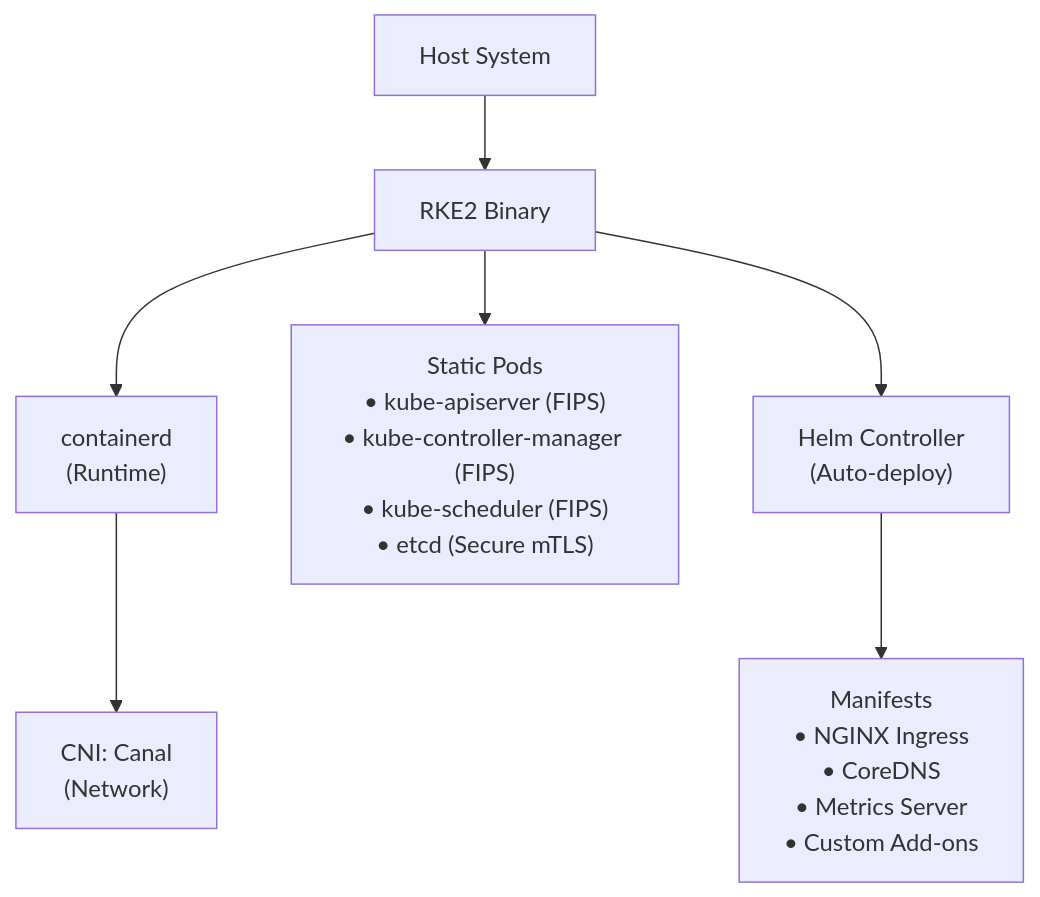
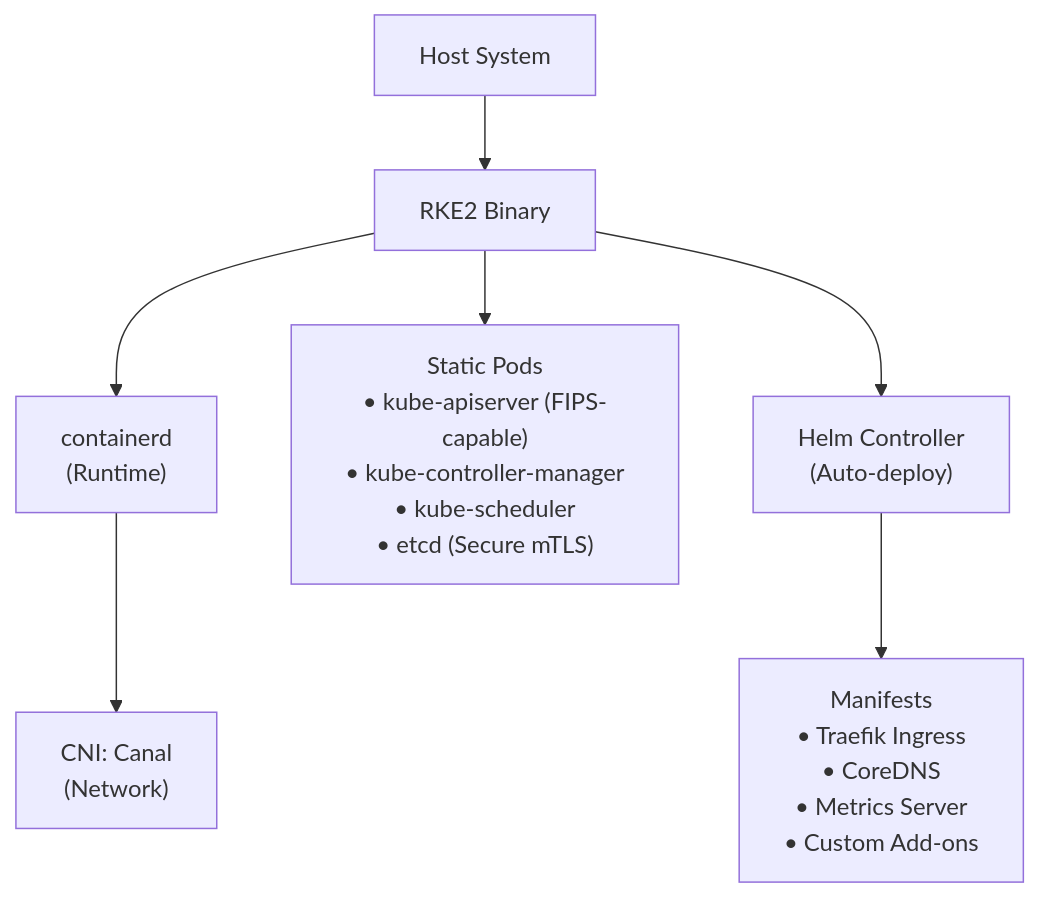
Before and after one commit to kube-dojo/kube-dojo: the first of 2 diagrams in src/content/docs/platform/toolkits/infrastructure-networking/k8s-distributions/module-14.7-rke2.md, drawn with Mermaid. The commit also changed other lines of this file, not shown here.

Commit message:
content(platform): expand 14.7-rke2 to T0 (#1996)

````diff
--- a/src/content/docs/platform/toolkits/infrastructure-networking/k8s-distributions/module-14.7-rke2.md
+++ b/src/content/docs/platform/toolkits/infrastructure-networking/k8s-distributions/module-14.7-rke2.md
@@ -84,10 +121,10 @@
 ```mermaid
 flowchart TD
     Host["Host System"] --> RKE2["RKE2 Binary"]
     RKE2 --> Containerd["containerd<br>(Runtime)"]
     Containerd --> CNI["CNI: Canal<br>(Network)"]
     
-    RKE2 --> StaticPods["Static Pods<br>• kube-apiserver (FIPS)<br>• kube-controller-manager (FIPS)<br>• kube-scheduler (FIPS)<br>• etcd (Secure mTLS)"]
+    RKE2 --> StaticPods["Static Pods<br>• kube-apiserver (FIPS-capable)<br>• kube-controller-manager<br>• kube-scheduler<br>• etcd (Secure mTLS)"]
     RKE2 --> HelmController["Helm Controller<br>(Auto-deploy)"]
-    HelmController --> Manifests["Manifests<br>• NGINX Ingress<br>• CoreDNS<br>• Metrics Server<br>• Custom Add-ons"]
+    HelmController --> Manifests["Manifests<br>• Traefik Ingress<br>• CoreDNS<br>• Metrics Server<br>• Custom Add-ons"]
 ```
````
